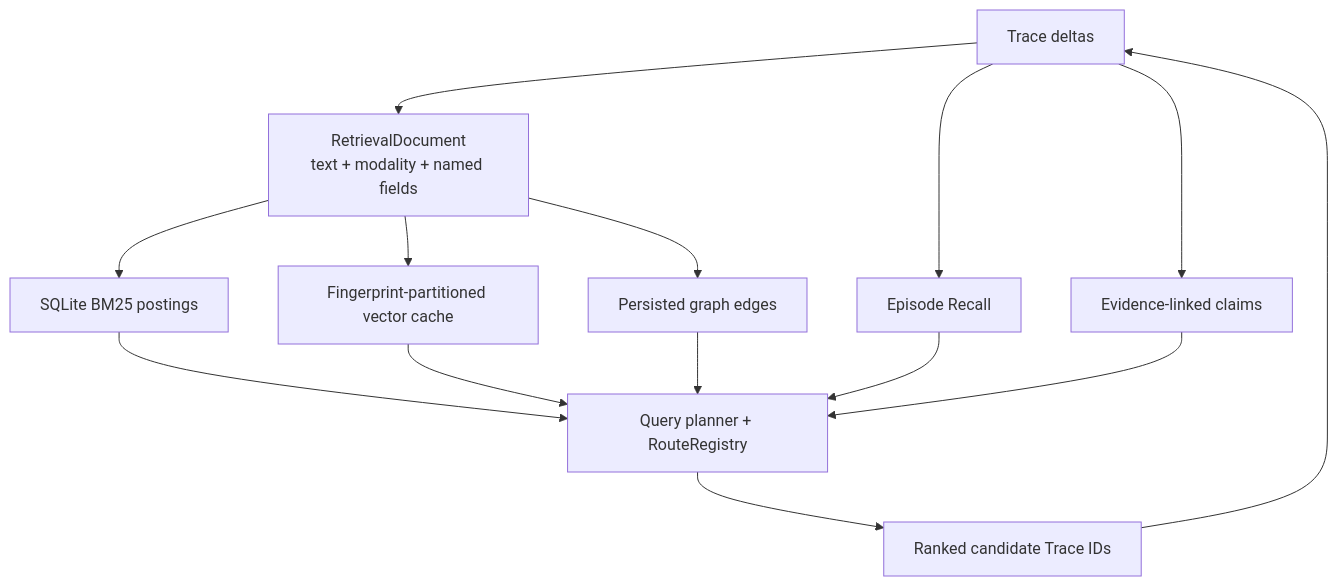
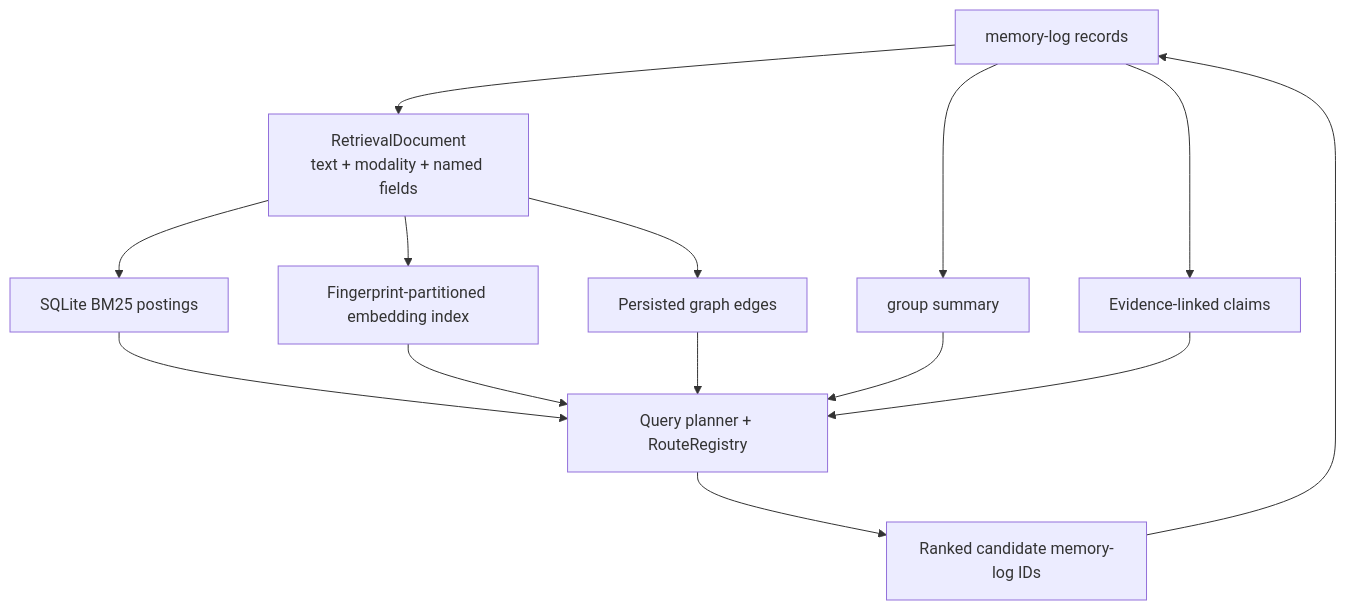
The sixth of 13 diagrams in docs/architecture.md (shanmukh05/trisynapse-memory), drawn with Mermaid before and after one commit. The commit also changed other lines of this file and 67 other files, not shown here.

````diff
--- a/docs/architecture.md
+++ b/docs/architecture.md
@@ -369,16 +390,16 @@
 ```mermaid
 flowchart TD
-    T["Trace deltas"] --> D["RetrievalDocument\ntext + modality + named fields"]
-    T --> E["Episode Recall"]
+    T["memory-log records"] --> D["RetrievalDocument\ntext + modality + named fields"]
+    T --> E["group summary"]
     T --> C["Evidence-linked claims"]
     D --> B["SQLite BM25 postings"]
-    D --> V["Fingerprint-partitioned vector cache"]
+    D --> V["Fingerprint-partitioned embedding index"]
     D --> G["Persisted graph edges"]
     B --> R["Query planner + RouteRegistry"]
     V --> R
     G --> R
     E --> R
     C --> R
-    R --> IDs["Ranked candidate Trace IDs"]
+    R --> IDs["Ranked candidate memory-log IDs"]
     IDs --> T
 ```
````
